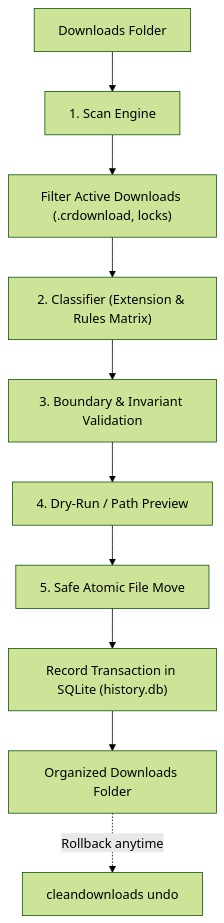
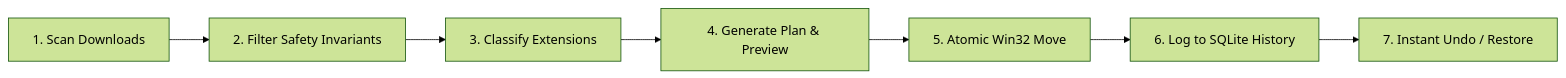
The diagram in README.md (mohdyasir5155/CleanDownloads), drawn with Mermaid (forest theme) before and after one commit. The commit also changed other lines of this file and 3 other files, not shown here.

````diff
--- a/README.md
+++ b/README.md
@@ -181,12 +161,9 @@
 ```mermaid
-graph TD
-    A["Downloads Folder"] --> B["1. Scan Engine"]
-    B --> C["Filter Active Downloads (.crdownload, locks)"]
-    C --> D["2. Classifier (Extension & Rules Matrix)"]
-    D --> E["3. Boundary & Invariant Validation"]
-    E --> F["4. Dry-Run / Path Preview"]
-    F --> G["5. Safe Atomic File Move"]
-    G --> H["Record Transaction in SQLite (history.db)"]
-    H --> I["Organized Downloads Folder"]
-    I -.->|Rollback anytime| J["cleandownloads undo"]
+graph LR
+    A[1. Scan Downloads] --> B[2. Filter Safety Invariants]
+    B --> C[3. Classify Extensions]
+    C --> D[4. Generate Plan & Preview]
+    D --> E[5. Atomic Win32 Move]
+    E --> F[6. Log to SQLite History]
+    F --> G[7. Instant Undo / Restore]
 ```
````
